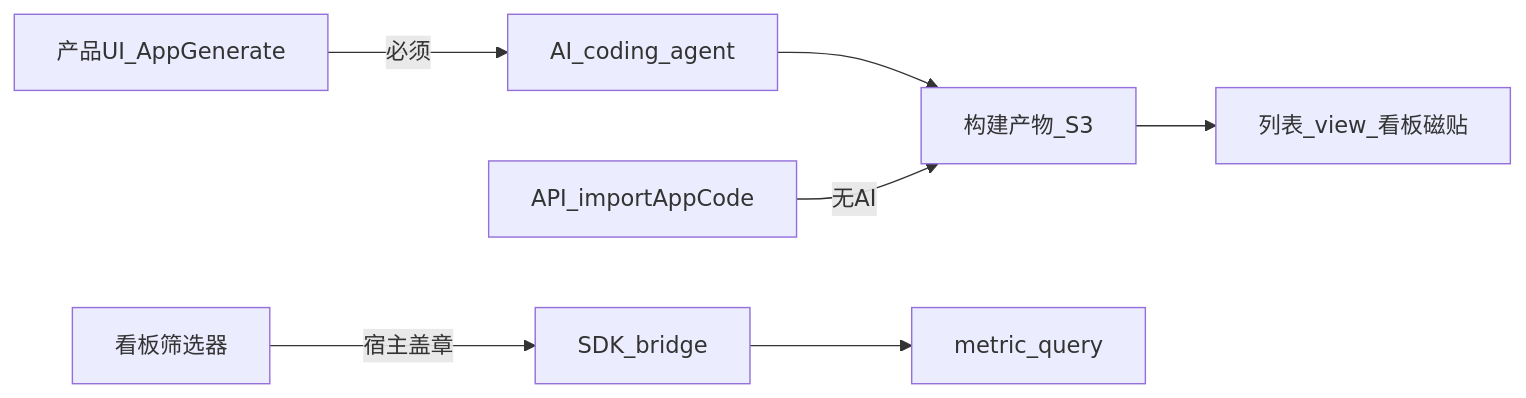
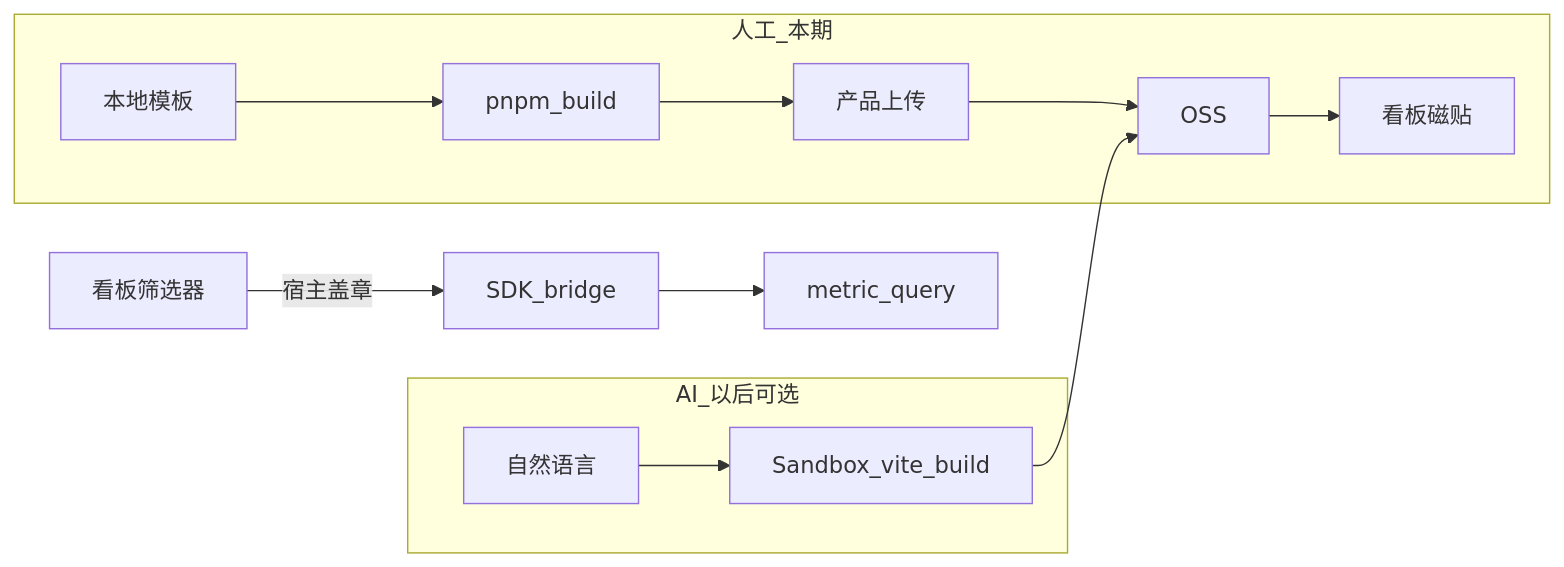
Before and after one commit to winwin-inc/lightdash-i18n: the diagram in docs/v2/v2-data-apps.md, drawn with Mermaid. The commit also changed other lines of this file and 33 other files, not shown here.

````diff
--- a/docs/v2/v2-data-apps.md
+++ b/docs/v2/v2-data-apps.md
@@ -72,9 +88,18 @@
 ```mermaid
 flowchart LR
-  ui[产品UI_AppGenerate] -->|必须| ai[AI_coding_agent]
-  ai --> build[构建产物_S3]
-  api[API_importAppCode] -->|无AI| build
-  build --> view[列表_view_看板磁贴]
+  subgraph human [人工_本期]
+    template[本地模板]
+    build[pnpm_build]
+    ui[产品上传]
+    oss[OSS]
+    dash[看板磁贴]
+    template --> build --> ui --> oss --> dash
+  end
+  subgraph ai [AI_以后可选]
+    prompt[自然语言]
+    sandbox[Sandbox_vite_build]
+    prompt --> sandbox --> oss
+  end
   dashFilter[看板筛选器] -->|宿主盖章| bridge[SDK_bridge]
   bridge --> query[metric_query]
 ```
````
